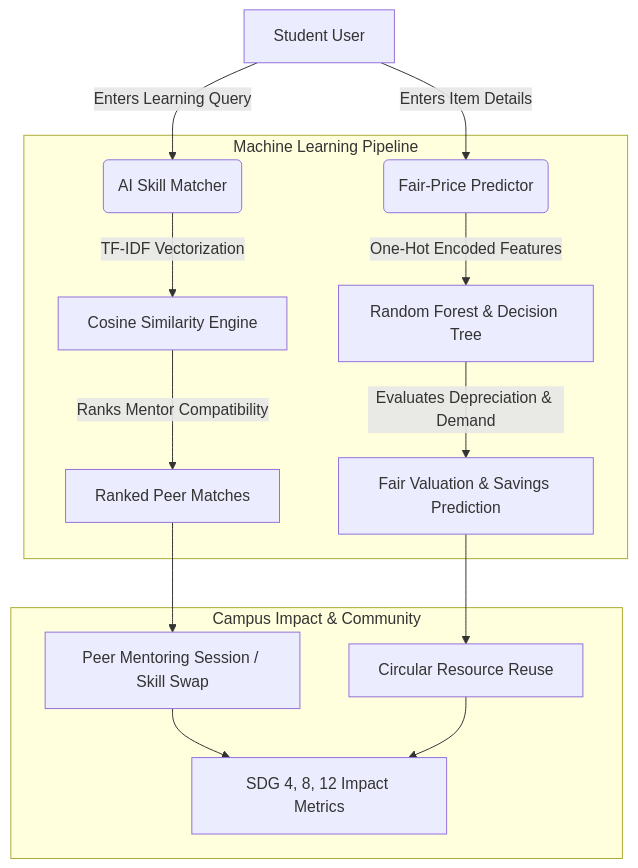
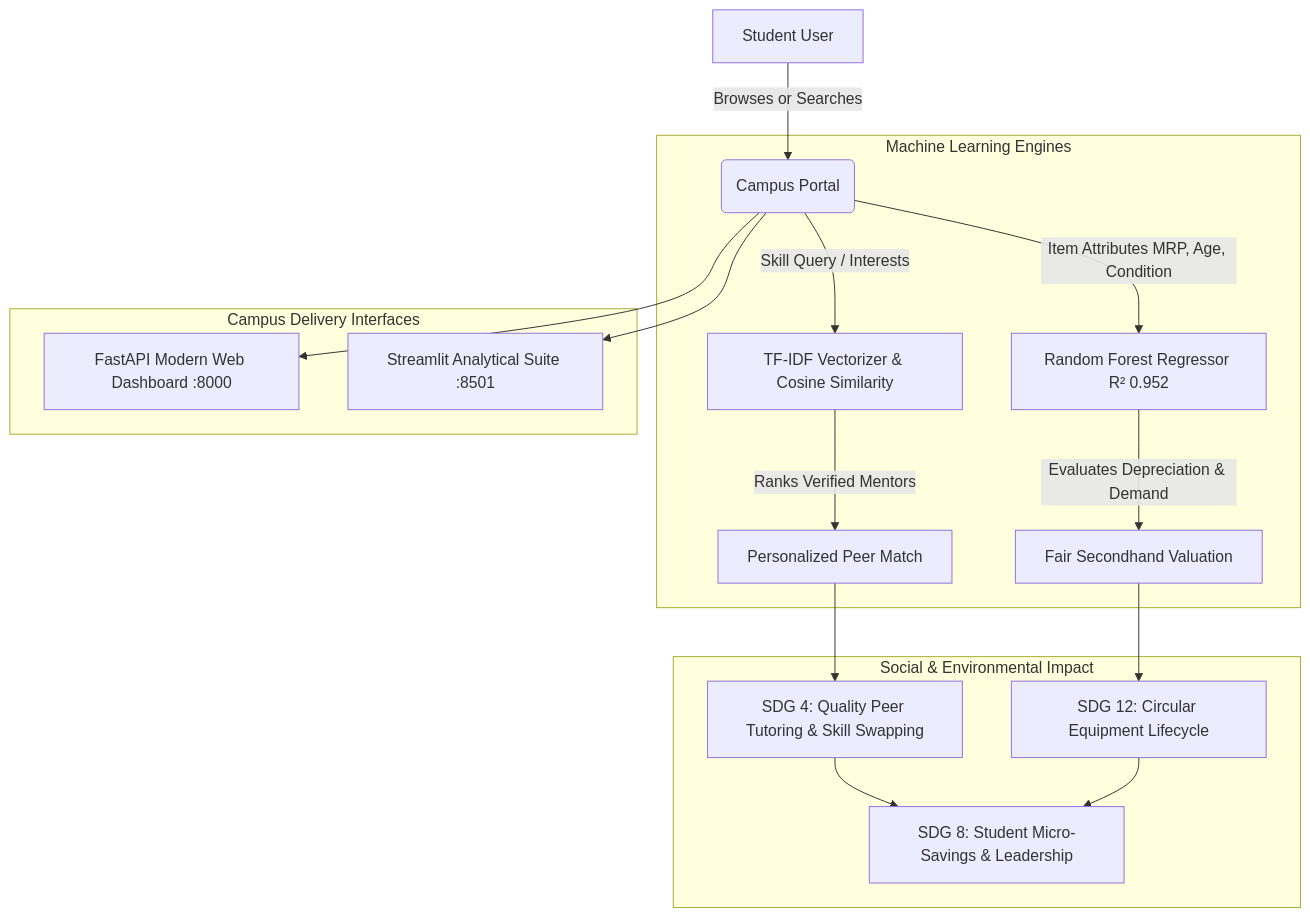
Before and after one commit to muskanp2407-cyber/campus-circle-ai: the diagram in README.md, drawn with Mermaid. The commit also changed other lines of this file and 5 other files, not shown here.

````diff
--- a/README.md
+++ b/README.md
@@ -25,19 +30,23 @@
 ```mermaid
 graph TD
-    A[Student User] -->|Enters Learning Query| B(AI Skill Matcher)
-    A -->|Enters Item Details| C(Fair-Price Predictor)
+    A[Student User] -->|Browses or Searches| B(Campus Portal)
     
-    subgraph Machine Learning Pipeline
-        B -->|TF-IDF Vectorization| D[Cosine Similarity Engine]
-        D -->|Ranks Mentor Compatibility| E[Ranked Peer Matches]
+    subgraph Machine Learning Engines
+        B -->|Skill Query / Interests| C[TF-IDF Vectorizer & Cosine Similarity]
+        C -->|Ranks Verified Mentors| D[Personalized Peer Match]
         
-        C -->|One-Hot Encoded Features| F[Random Forest & Decision Tree]
-        F -->|Evaluates Depreciation & Demand| G[Fair Valuation & Savings Prediction]
+        B -->|Item Attributes MRP, Age, Condition| E[Random Forest Regressor R² 0.952]
+        E -->|Evaluates Depreciation & Demand| F[Fair Secondhand Valuation]
     end
     
-    subgraph Campus Impact & Community
-        E --> H[Peer Mentoring Session / Skill Swap]
-        G --> I[Circular Resource Reuse]
-        H & I --> J[SDG 4, 8, 12 Impact Metrics]
+    subgraph Campus Delivery Interfaces
+        B --> G[FastAPI Modern Web Dashboard :8000]
+        B --> H[Streamlit Analytical Suite :8501]
+    end
+    
+    subgraph Social & Environmental Impact
+        D --> I[SDG 4: Quality Peer Tutoring & Skill Swapping]
+        F --> J[SDG 12: Circular Equipment Lifecycle]
+        I & J --> K[SDG 8: Student Micro-Savings & Leadership]
     end
 ```
````
